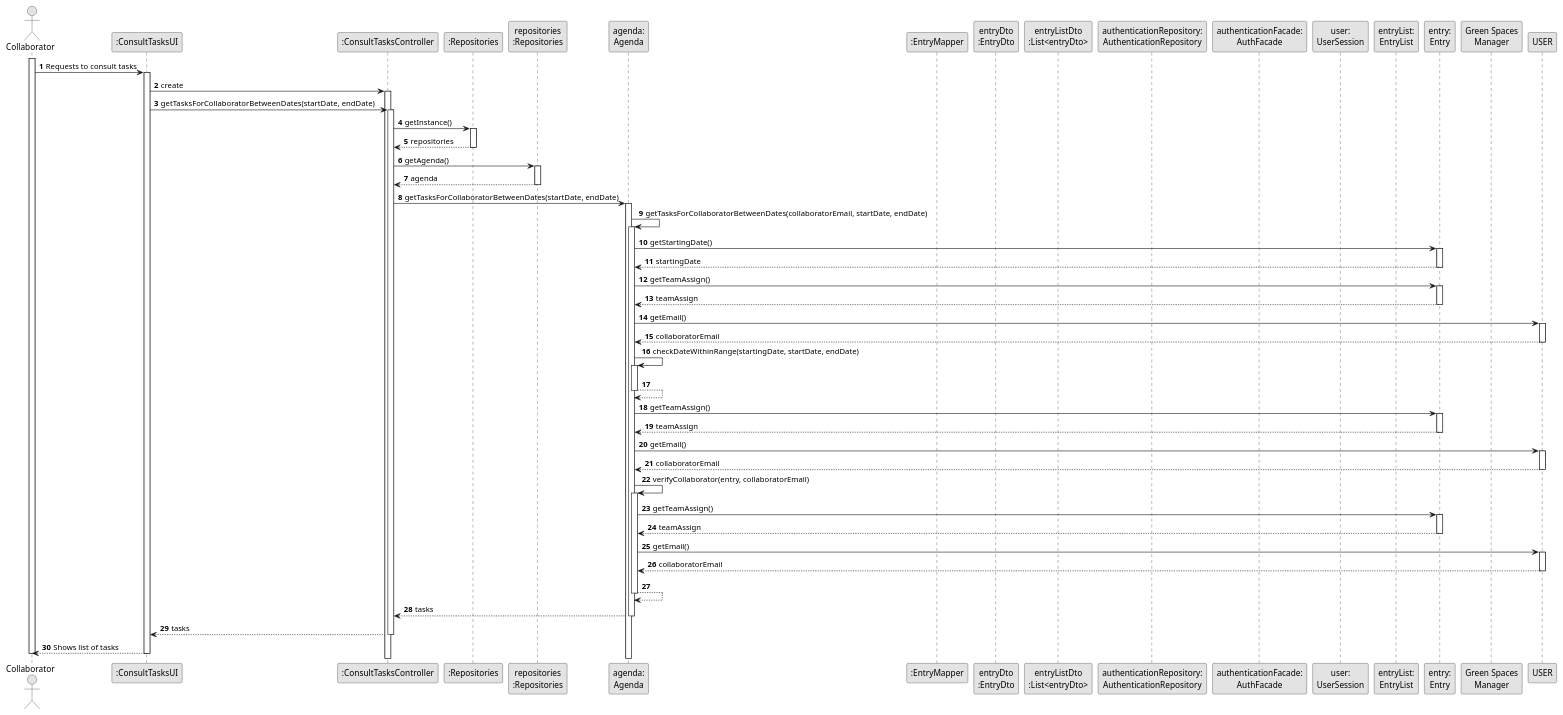
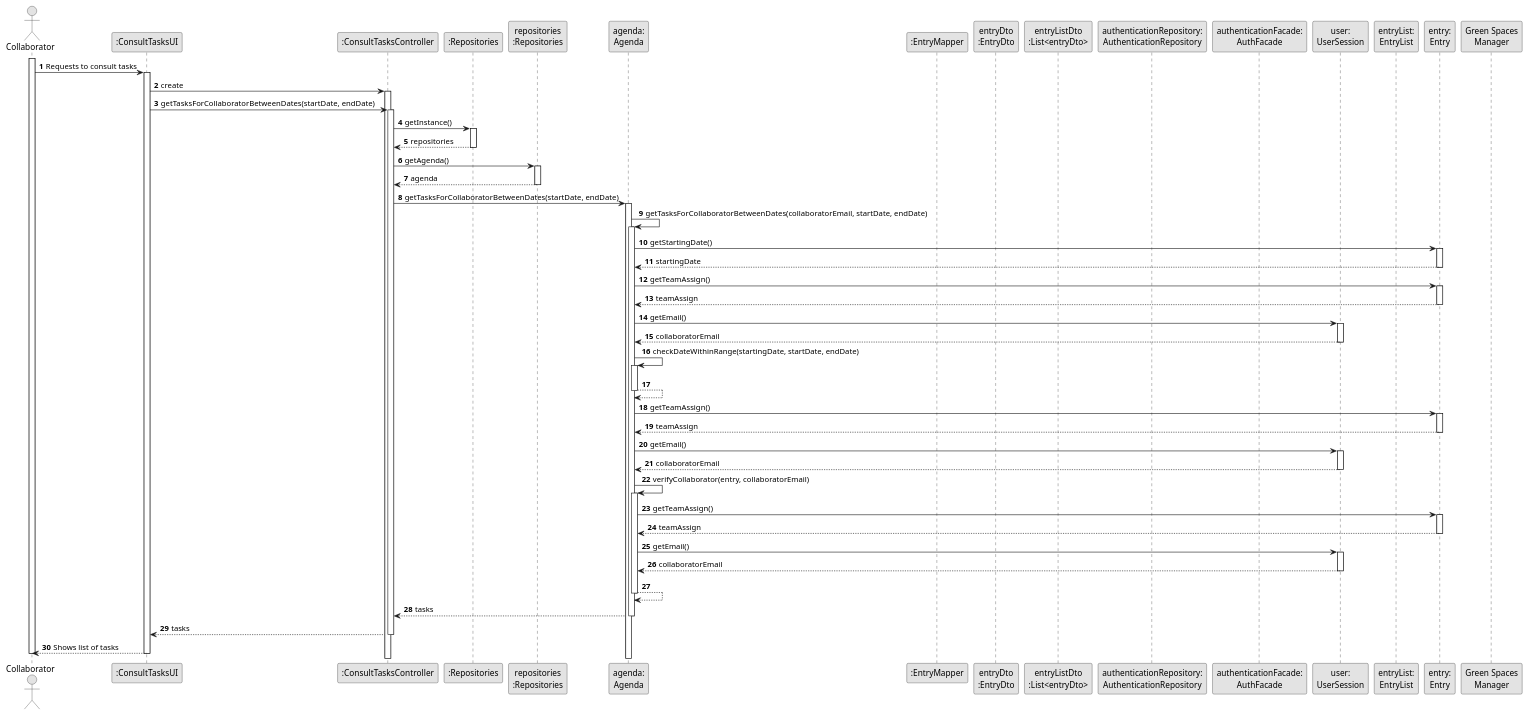
One commit to daniel41silva05/ISEP_2023_2024_LAPR2 changed the diagram in docs/sprintA&B&C/us028/03.design/puml/us028-sequence-diagram-full.puml. Above: the diagram before and after it, drawn with PlantUML. The commit also changed 1 other file, not shown here.

Commit message:
US28 Sequence Diagram Correction

```diff
--- a/docs/sprintA&B&C/us028/03.design/puml/us028-sequence-diagram-full.puml
+++ b/docs/sprintA&B&C/us028/03.design/puml/us028-sequence-diagram-full.puml
@@ -1,118 +1,118 @@
 @startuml
 skinparam monochrome true
 skinparam packageStyle rectangle
 skinparam shadowing false
 
 autonumber
 
 'hide footbox
 actor "Collaborator" as COLLABORATOR
 participant ":ConsultTasksUI" as UI
 participant ":ConsultTasksController" as CTRL
 participant ":Repositories" as REP
 participant "repositories\n:Repositories" as REPS
 participant "agenda:\nAgenda" as AGENDA
 participant ":EntryMapper" as entryMAPPER
 participant "entryDto\n:EntryDto" as entryDTO
 participant "entryListDto\n:List<entryDto>" as entryListDTO
 participant "authenticationRepository:\nAuthenticationRepository" as authentication
 participant "authenticationFacade:\nAuthFacade" as authFacade
 participant "user:\nUserSession" as user
 participant "entryList:\nEntryList" as entryList
 participant "entry:\nEntry" as ENTRY
 participant "Green Spaces\nManager" as GSM
 
 activate COLLABORATOR
 
 COLLABORATOR -> UI : Requests to consult tasks
 activate UI
 
     UI -> CTRL : create
     activate CTRL
 
     UI -> CTRL : getTasksForCollaboratorBetweenDates(startDate, endDate)
     activate CTRL
 
         CTRL -> REP : getInstance()
         activate REP
 
         REP --> CTRL: repositories
         deactivate REP
 
         CTRL -> REPS : getAgenda()
         activate REPS
 
         REPS --> CTRL: agenda
         deactivate REPS
 
         CTRL -> AGENDA : getTasksForCollaboratorBetweenDates(startDate, endDate)
         activate AGENDA
 
             AGENDA -> AGENDA : getTasksForCollaboratorBetweenDates(collaboratorEmail, startDate, endDate)
             activate AGENDA
 
                 AGENDA -> ENTRY : getStartingDate()
                 activate ENTRY
 
                 ENTRY --> AGENDA : startingDate
                 deactivate ENTRY
 
                 AGENDA -> ENTRY : getTeamAssign()
                 activate ENTRY
 
                 ENTRY --> AGENDA : teamAssign
                 deactivate ENTRY
 
-                AGENDA -> USER : getEmail()
-                activate USER
+                AGENDA -> user : getEmail()
+                activate user
 
-                USER --> AGENDA : collaboratorEmail
-                deactivate USER
+                user --> AGENDA : collaboratorEmail
+                deactivate user
 
                 AGENDA -> AGENDA : checkDateWithinRange(startingDate, startDate, endDate)
                 activate AGENDA
 
                 AGENDA --> AGENDA
                 deactivate AGENDA
 
                 AGENDA -> ENTRY : getTeamAssign()
                 activate ENTRY
 
                 ENTRY --> AGENDA : teamAssign
                 deactivate ENTRY
 
-                AGENDA -> USER : getEmail()
-                activate USER
+                AGENDA -> user : getEmail()
+                activate user
 
-                USER --> AGENDA : collaboratorEmail
-                deactivate USER
+                user --> AGENDA : collaboratorEmail
+                deactivate user
 
                 AGENDA -> AGENDA : verifyCollaborator(entry, collaboratorEmail)
                 activate AGENDA
 
                     AGENDA -> ENTRY : getTeamAssign()
                     activate ENTRY
 
                     ENTRY --> AGENDA : teamAssign
                     deactivate ENTRY
 
-                    AGENDA -> USER : getEmail()
-                    activate USER
+                    AGENDA -> user : getEmail()
+                    activate user
 
-                    USER --> AGENDA : collaboratorEmail
-                    deactivate USER
+                    user --> AGENDA : collaboratorEmail
+                    deactivate user
 
                 AGENDA --> AGENDA
                 deactivate AGENDA
 
             AGENDA --> CTRL : tasks
             deactivate AGENDA
 
         CTRL --> UI : tasks
         deactivate CTRL
 
     UI --> COLLABORATOR : Shows list of tasks
     deactivate UI
 
 deactivate COLLABORATOR
 @enduml
```
